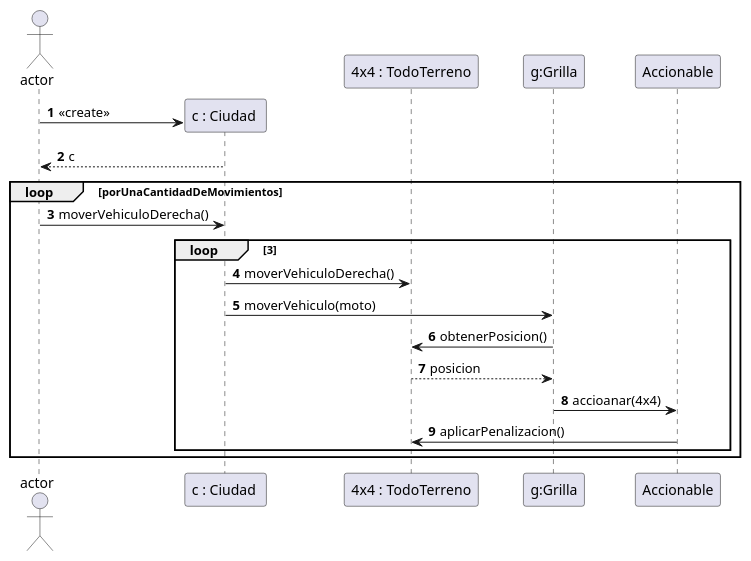
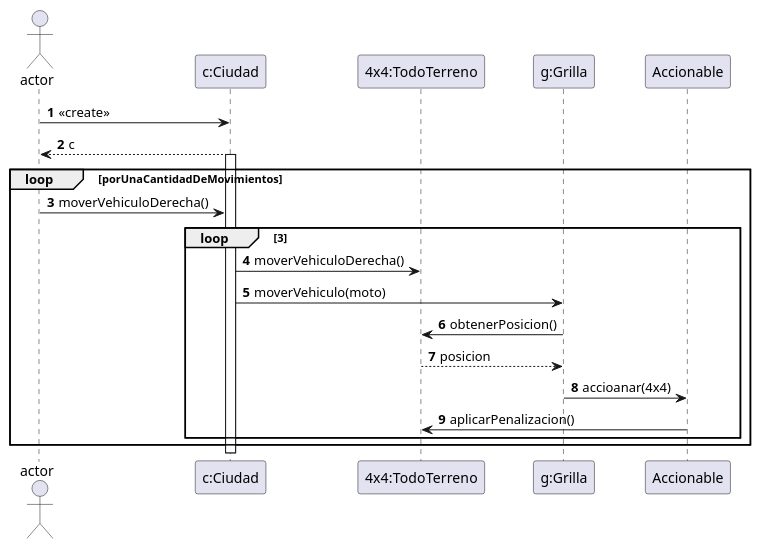
Before and after one commit to kikiymini/algo3_tp2: the diagram in Entrega1/DiagramaDeSecuencias/4X4AtraviesaCiudadSeEncuentraConUnPozoYNoEsPenalizada.puml, drawn with PlantUML.

Commit message:
mis cambios

```diff
--- a/Entrega1/DiagramaDeSecuencias/4X4AtraviesaCiudadSeEncuentraConUnPozoYNoEsPenalizada.puml
+++ b/Entrega1/DiagramaDeSecuencias/4X4AtraviesaCiudadSeEncuentraConUnPozoYNoEsPenalizada.puml
@@ -1,26 +1,31 @@
 @startuml
 'https://plantuml.com/sequence-diagram
 
 autonumber
 
 actor actor
-create "c : Ciudad "
-actor -> "c : Ciudad ": <<create>>
-"c : Ciudad "--> actor : c
+participant "c:Ciudad" as ciudad
+participant "4x4:TodoTerreno" as todoTerreno
+participant "g:Grilla" as grilla
+participant "Accionable" as accionable
+actor -> ciudad: <<create>>
+ciudad--> actor : c
+activate ciudad
 
 loop porUnaCantidadDeMovimientos
 
-actor  -> "c : Ciudad " : moverVehiculoDerecha()
+actor  -> ciudad : moverVehiculoDerecha()
 loop 3
-"c : Ciudad " -> "4x4 : TodoTerreno": moverVehiculoDerecha()
-"c : Ciudad " -> "g:Grilla" : moverVehiculo(moto)
-"g:Grilla" -> "4x4 : TodoTerreno" : obtenerPosicion()
-"4x4 : TodoTerreno" --> "g:Grilla" : posicion
-"g:Grilla" -> "Accionable" : accioanar(4x4)
-"Accionable" -> "4x4 : TodoTerreno" :aplicarPenalizacion()
+ciudad -> todoTerreno: moverVehiculoDerecha()
+ciudad -> grilla : moverVehiculo(moto)
+
+grilla -> todoTerreno : obtenerPosicion()
+todoTerreno --> grilla : posicion
+grilla -> accionable : accioanar(4x4)
+accionable -> todoTerreno :aplicarPenalizacion()
 
 end loop
 
 
 end
 @enduml
```
